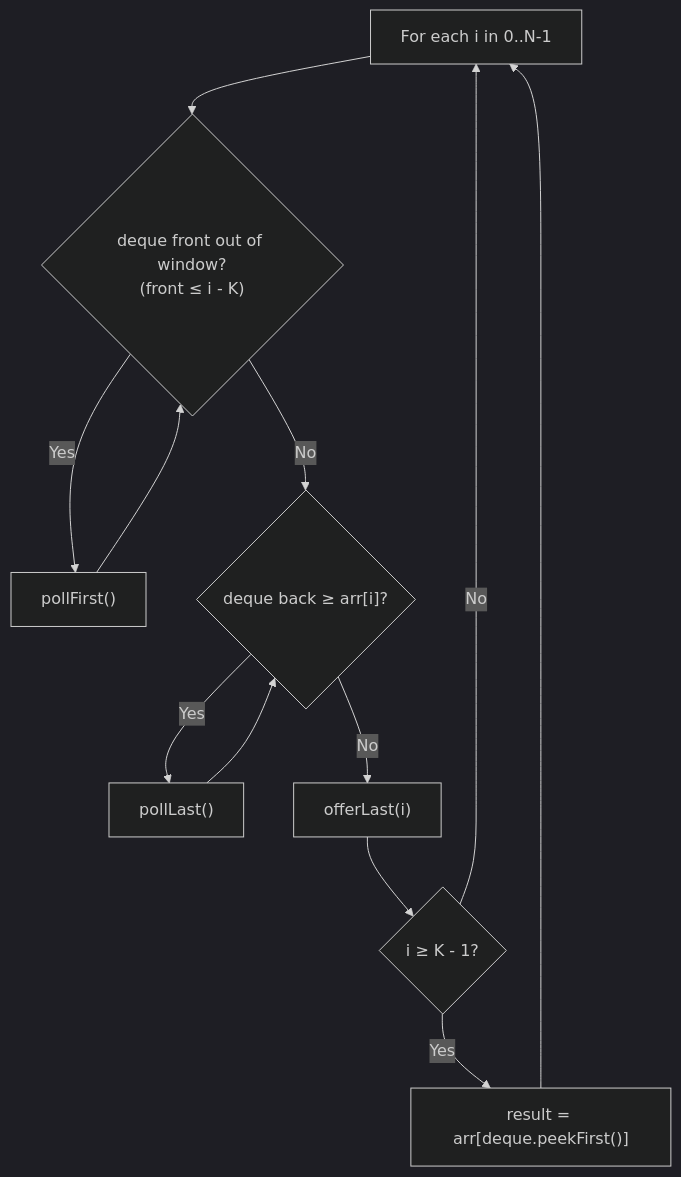
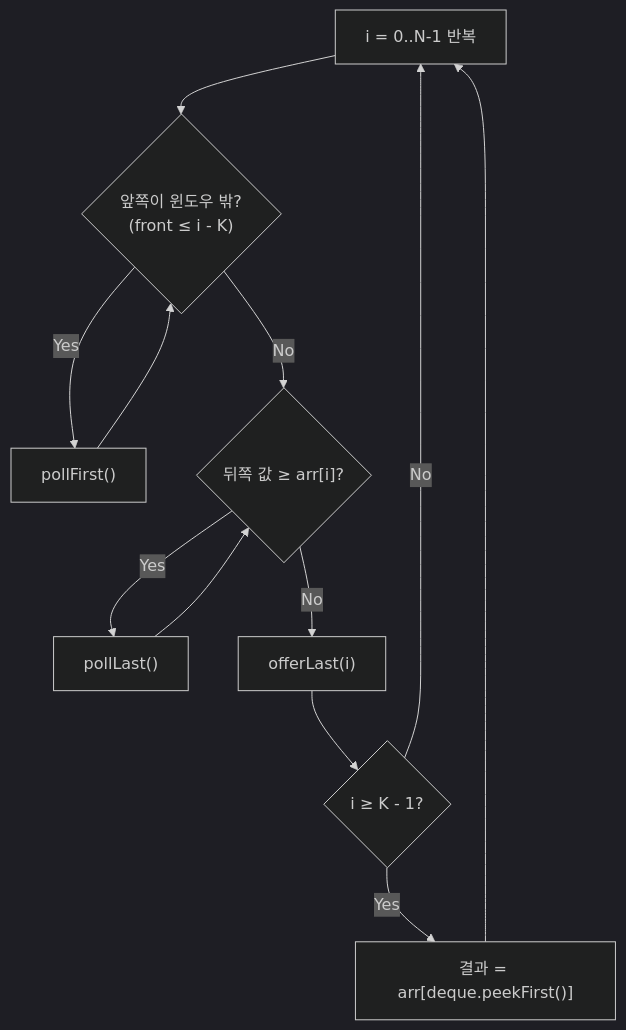
Before and after one commit to mandoobox/mandoobox.github.io: the second of 3 diagrams in _posts/algorithm/2026-03-07-deque.md, drawn with Mermaid (dark theme). The commit also changed other lines of this file and 24 other files, not shown here.

Commit message:
feat: mermaid kr

````diff
--- a/_posts/algorithm/2026-03-07-deque.md
+++ b/_posts/algorithm/2026-03-07-deque.md
@@ -178,14 +181,14 @@
 ```mermaid
 flowchart TD
-    A["For each i in 0..N-1"] --> B{"deque front out of window?<br/>(front ≤ i - K)"}
+    A["i = 0..N-1 반복"] --> B{"앞쪽이 윈도우 밖?<br/>(front ≤ i - K)"}
     B -->|Yes| C["pollFirst()"]
     C --> B
-    B -->|No| D{"deque back ≥ arr[i]?"}
+    B -->|No| D{"뒤쪽 값 ≥ arr[i]?"}
     D -->|Yes| E["pollLast()"]
     E --> D
     D -->|No| F["offerLast(i)"]
     F --> G{"i ≥ K - 1?"}
-    G -->|Yes| H["result = arr[deque.peekFirst()]"]
+    G -->|Yes| H["결과 = arr[deque.peekFirst()]"]
     G -->|No| A
     H --> A
 ```
````
